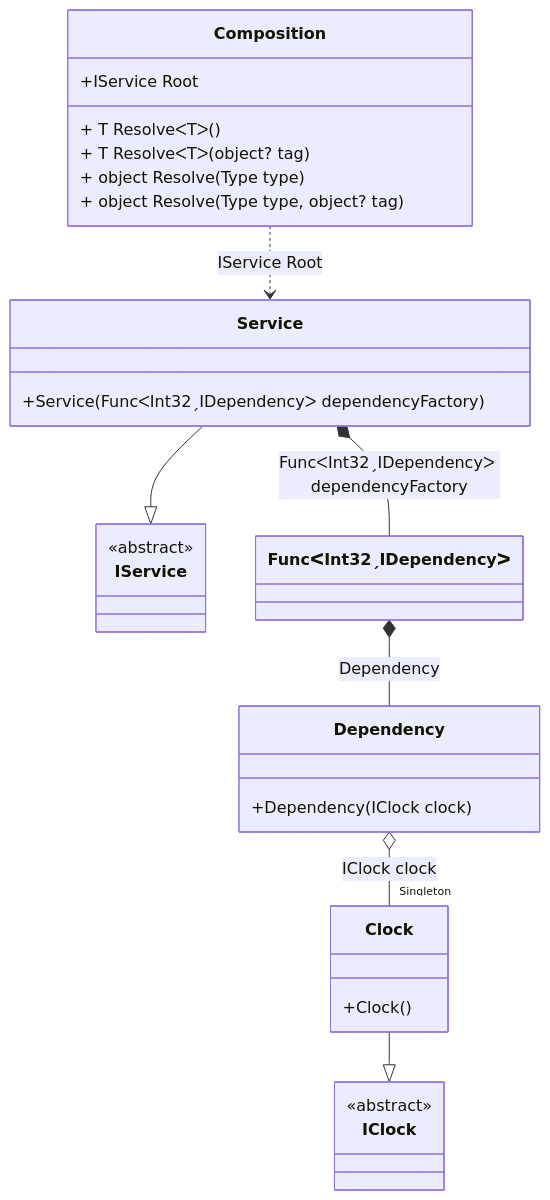
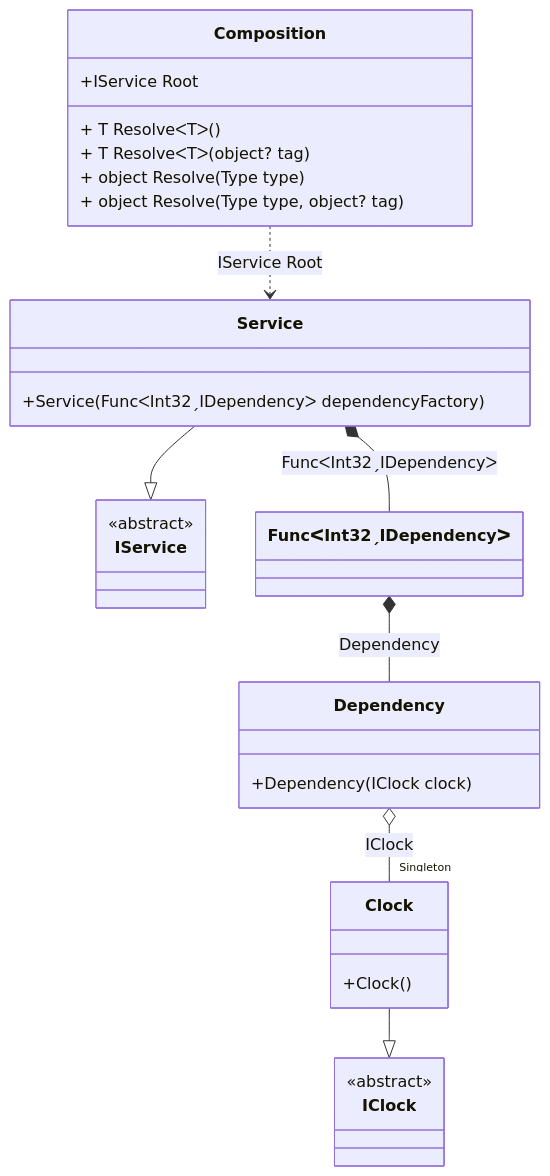
The diagram in readme/func-with-arguments.md (DevTeam/Pure.DI), drawn with Mermaid before and after one commit. The commit also changed other lines of this file and 84 other files, not shown here.

````diff
--- a/readme/func-with-arguments.md
+++ b/readme/func-with-arguments.md
@@ -66,32 +66,32 @@
 ```mermaid
 classDiagram
   class Composition {
     +IService Root
     + T ResolveᐸTᐳ()
     + T ResolveᐸTᐳ(object? tag)
     + object Resolve(Type type)
     + object Resolve(Type type, object? tag)
   }
   class Dependency {
     +Dependency(IClock clock)
   }
   Service --|> IService : 
   class Service {
     +Service(FuncᐸInt32ˏIDependencyᐳ dependencyFactory)
   }
   Clock --|> IClock : 
   class Clock {
     +Clock()
   }
   class FuncᐸInt32ˏIDependencyᐳ
   class IService {
     <<abstract>>
   }
   class IClock {
     <<abstract>>
   }
-  Dependency o--  "Singleton" Clock : IClock clock
-  Service *--  FuncᐸInt32ˏIDependencyᐳ : FuncᐸInt32ˏIDependencyᐳ dependencyFactory
+  Dependency o--  "Singleton" Clock : IClock
+  Service *--  FuncᐸInt32ˏIDependencyᐳ : FuncᐸInt32ˏIDependencyᐳ
   FuncᐸInt32ˏIDependencyᐳ *--  Dependency : Dependency
   Composition ..> Service : IService Root
 ```
````
